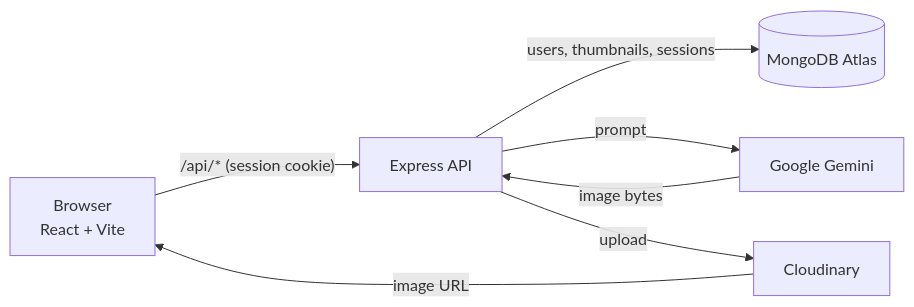
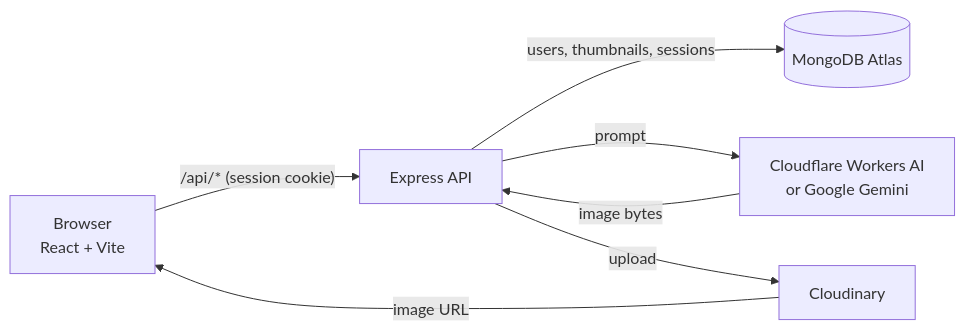
One commit to YasithaNV2001/ThumGEN changed the diagram in README.md. Above: the diagram before and after it, drawn with Mermaid. The commit also changed other lines of this file and 8 other files, not shown here.

First line of the commit message:
Add free Cloudflare Workers AI image provider

````diff
--- a/README.md
+++ b/README.md
@@ -40,9 +41,9 @@
 ```mermaid
 flowchart LR
     U[Browser<br/>React + Vite] -- "/api/* (session cookie)" --> A[Express API]
     A -- users, thumbnails, sessions --> M[(MongoDB Atlas)]
-    A -- prompt --> G[Google Gemini]
+    A -- prompt --> G[Cloudflare Workers AI<br/>or Google Gemini]
     G -- image bytes --> A
     A -- upload --> C[Cloudinary]
     C -- image URL --> U
 ```
````
